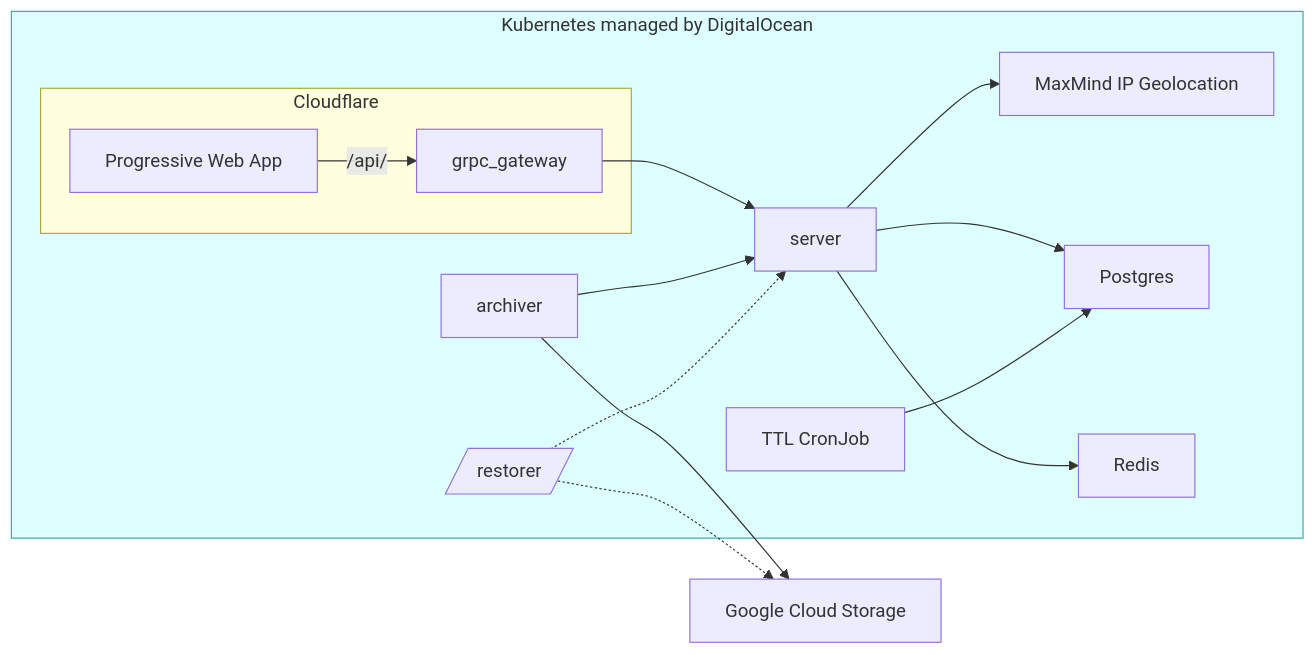
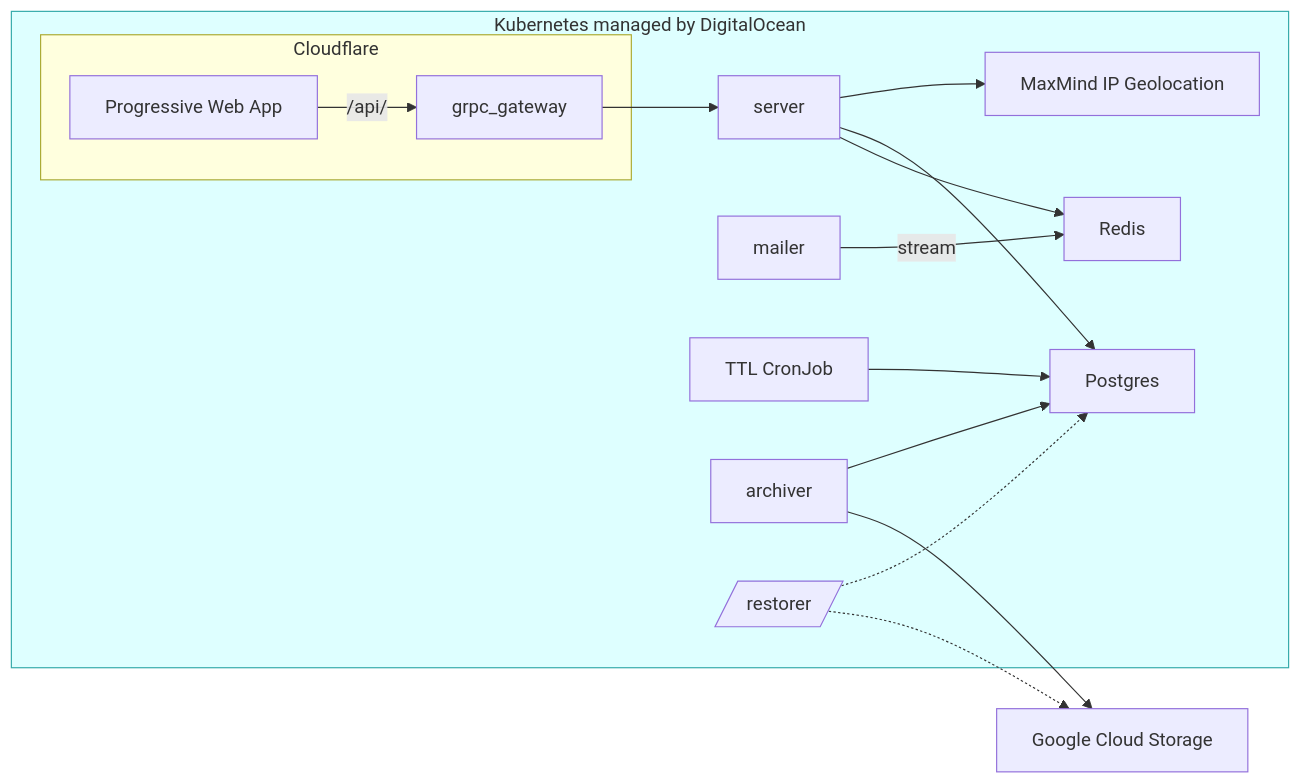
The first of 3 diagrams in docs/architecture.md (dubov94/keyring), drawn with Mermaid before and after one commit. The commit also changed 39 other files, not shown here.

````diff
--- a/docs/architecture.md
+++ b/docs/architecture.md
@@ -3,18 +3,19 @@
 ```mermaid
 graph LR;
   subgraph k8s[Kubernetes managed by DigitalOcean]
     subgraph cloudflare[Cloudflare]
       pwa[Progressive Web App] -- /api/ --> grpc_gateway;
     end
     grpc_gateway --> server;
     server --> ip_geolocation[MaxMind IP Geolocation];
     server --> postgres[Postgres];
     server --> redis[Redis];
+    mailer -- stream --> redis;
     janitor[TTL CronJob] --> postgres;
-    archiver --> server;
-    restorer[/restorer/] -.-> server;
+    archiver --> postgres;
+    restorer[/restorer/] -.-> postgres;
   end
   style k8s fill:#deffff,stroke:#33aaaa;
   archiver --> gcs[Google Cloud Storage];
   restorer -.-> gcs;
 ```
````
